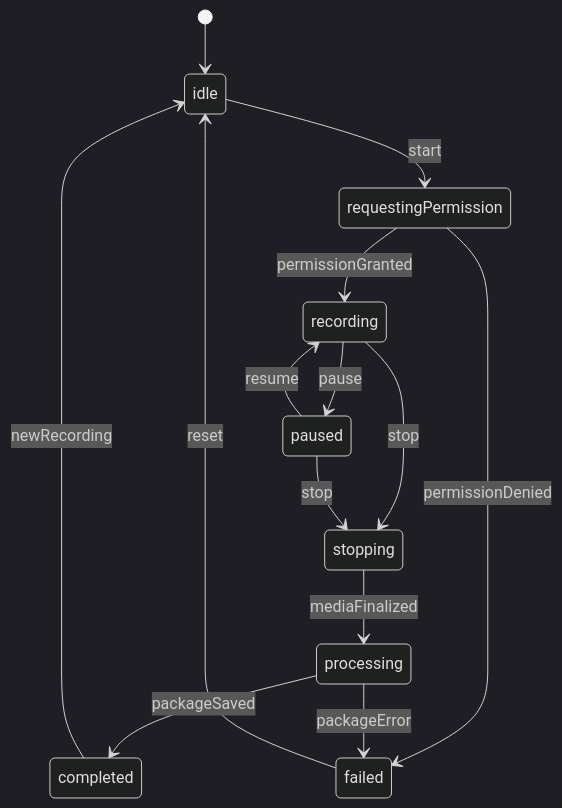
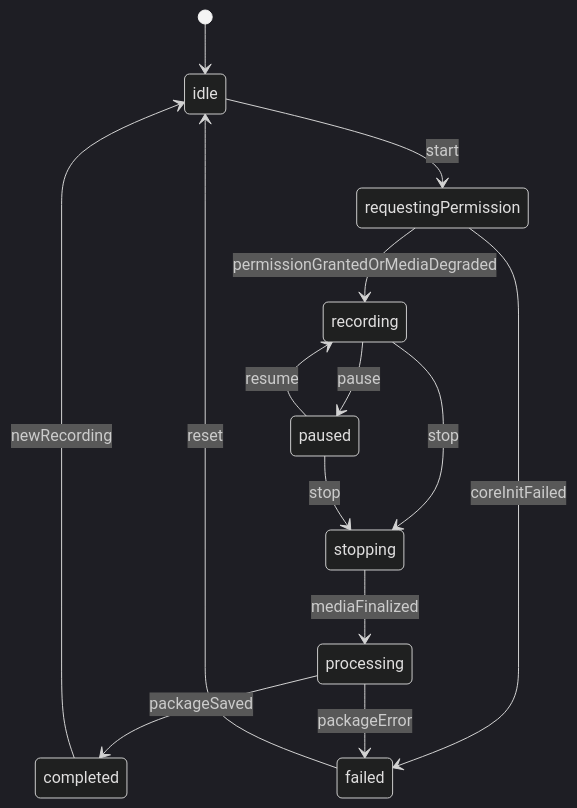
The second of 4 diagrams in docs/技术方案.md (Suxian2001/code-tape), drawn with Mermaid (dark theme) before and after one commit. The commit also changed other lines of this file, not shown here.

````diff
--- a/docs/技术方案.md
+++ b/docs/技术方案.md
@@ -364,16 +364,16 @@
 ```mermaid
 stateDiagram-v2
   [*] --> idle
   idle --> requestingPermission: start
-  requestingPermission --> recording: permissionGranted
-  requestingPermission --> failed: permissionDenied
+  requestingPermission --> recording: permissionGrantedOrMediaDegraded
+  requestingPermission --> failed: coreInitFailed
   recording --> paused: pause
   paused --> recording: resume
   recording --> stopping: stop
   paused --> stopping: stop
   stopping --> processing: mediaFinalized
   processing --> completed: packageSaved
   processing --> failed: packageError
   failed --> idle: reset
   completed --> idle: newRecording
 ```
````
